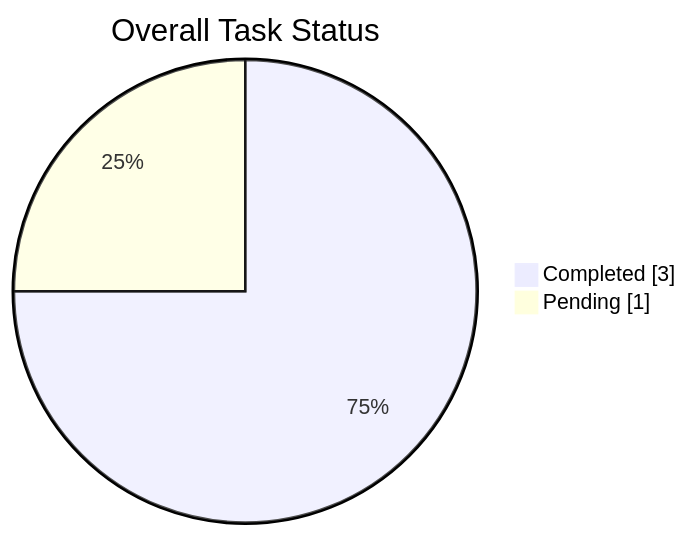
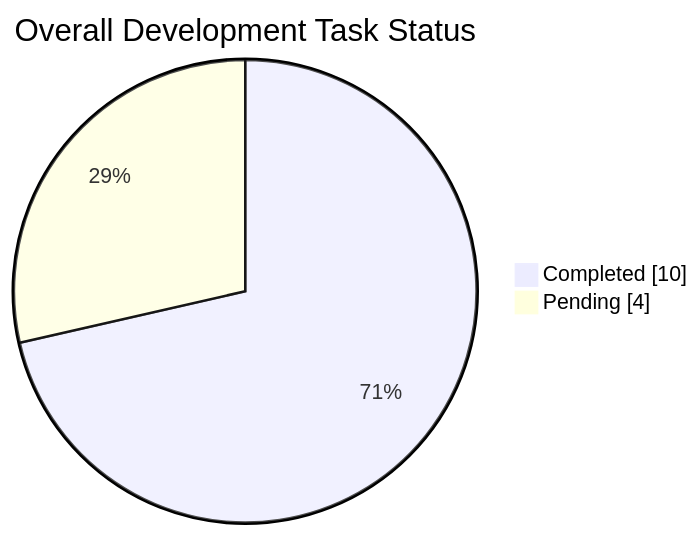
One commit to Realityspeaker/My-Work-Diary changed the first of 2 diagrams in Global_Summary.md. Above: the diagram before and after it, drawn with Mermaid. The commit also changed other lines of this file, not shown here.

Commit message:
Update Global Summary with new task metrics and details

````diff
--- a/Global_Summary.md
+++ b/Global_Summary.md
@@ -20,6 +24,6 @@
 ```mermaid
 pie showData
-    title Overall Task Status
-    "Completed" : 3
-    "Pending" : 1
+    title Overall Development Task Status
+    "Completed" : 10
+    "Pending" : 4
 ```
````
